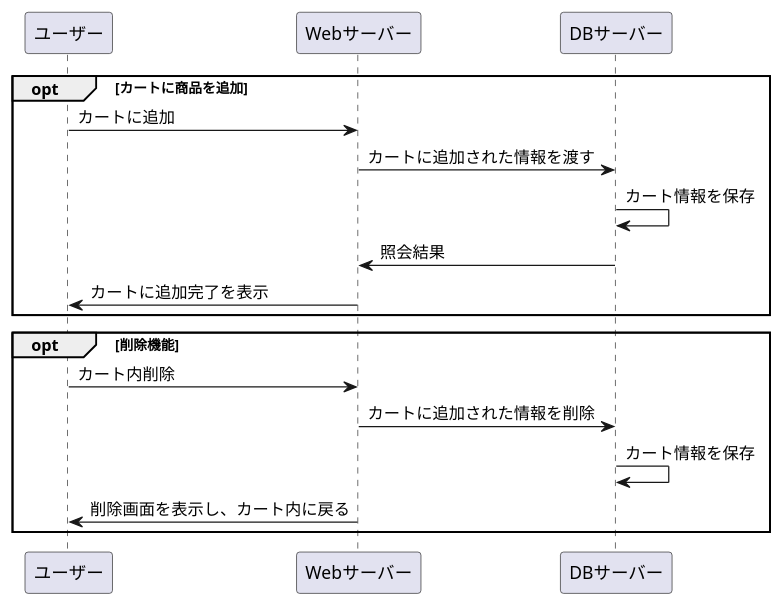
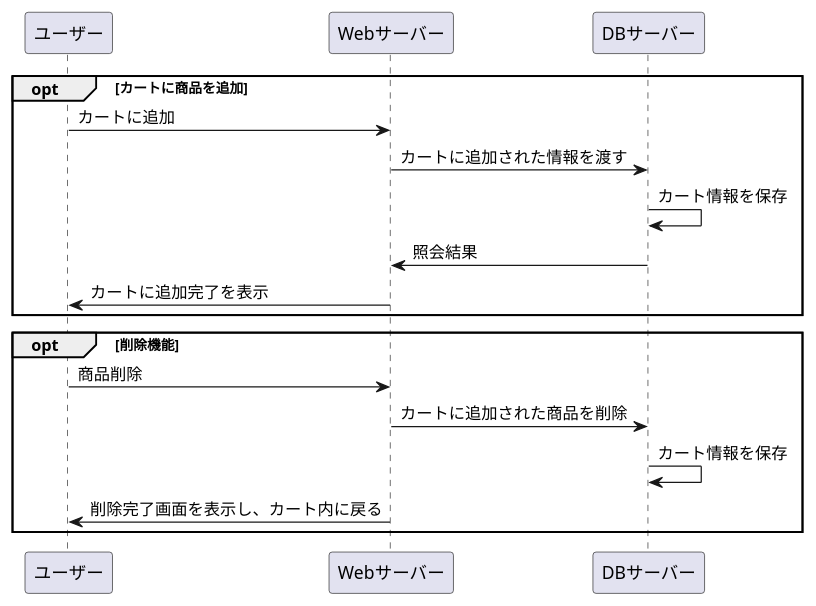
The diagram in stationary/業務フロー/カート.md (Aso2001154/2021sys-design), drawn with PlantUML before and after one commit.

````diff
--- a/stationary/業務フロー/カート.md
+++ b/stationary/業務フロー/カート.md
@@ -1,20 +1,20 @@
 ```uml
 @startuml
 
 opt カートに商品を追加
 ユーザー -> Webサーバー : カートに追加
 Webサーバー -> DBサーバー : カートに追加された情報を渡す
 DBサーバー -> DBサーバー : カート情報を保存
 DBサーバー -> Webサーバー : 照会結果
 Webサーバー -> ユーザー : カートに追加完了を表示
 end
 
 opt 削除機能
-ユーザー -> Webサーバー : カート内削除
-Webサーバー -> DBサーバー : カートに追加された情報を削除
+ユーザー -> Webサーバー : 商品削除
+Webサーバー -> DBサーバー : カートに追加された商品を削除
 DBサーバー -> DBサーバー : カート情報を保存
-Webサーバー -> ユーザー : 削除画面を表示し、カート内に戻る
+Webサーバー -> ユーザー : 削除完了画面を表示し、カート内に戻る
 end
 
 @enduml
 ```
````
